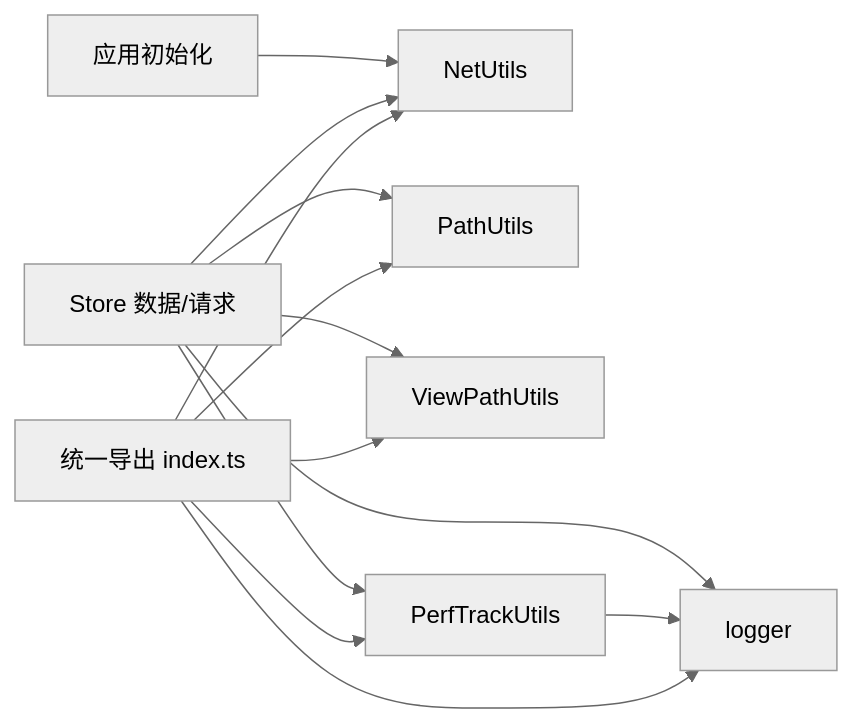
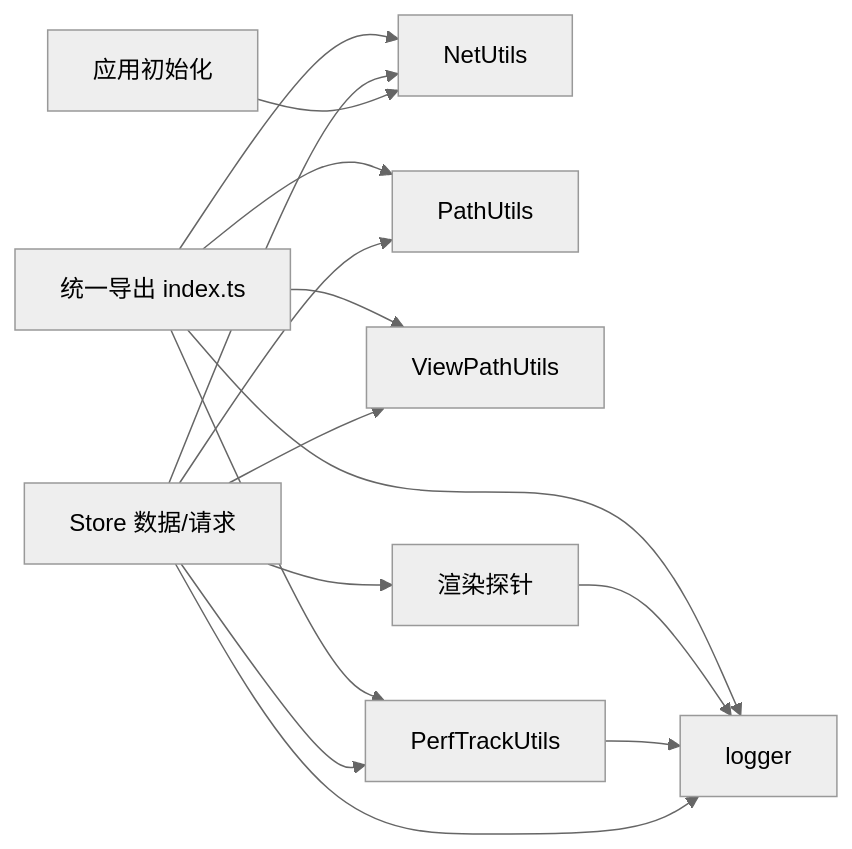
Before and after one commit to liqiongke/FrontArk: the fourth of 4 diagrams in .qoder/repowiki/zh/content/框架核心/工具函数库.md, drawn with Mermaid (neutral theme). The commit also changed other lines of this file and 43 other files, not shown here.

````diff
--- a/.qoder/repowiki/zh/content/框架核心/工具函数库.md
+++ b/.qoder/repowiki/zh/content/框架核心/工具函数库.md
@@ -297,15 +377,17 @@
 ```mermaid
 graph LR
 Init["应用初始化"] --> Net["NetUtils"]
 Store["Store 数据/请求"] --> Net
 Store --> Path["PathUtils"]
 Store --> VPath["ViewPathUtils"]
 Store --> Perf["PerfTrackUtils"]
 Store --> Log["logger"]
 Perf --> Log
+Store --> Probe["渲染探针"]
+Probe --> Log
 Index["统一导出 index.ts"] --> Net
 Index --> Path
 Index --> VPath
 Index --> Perf
 Index --> Log
 ```
````
